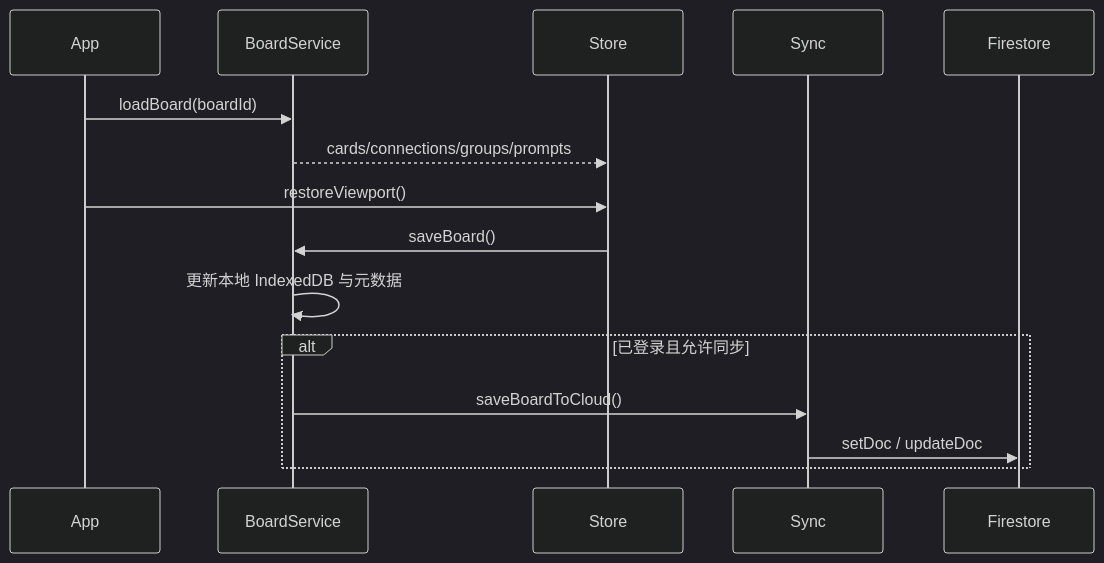
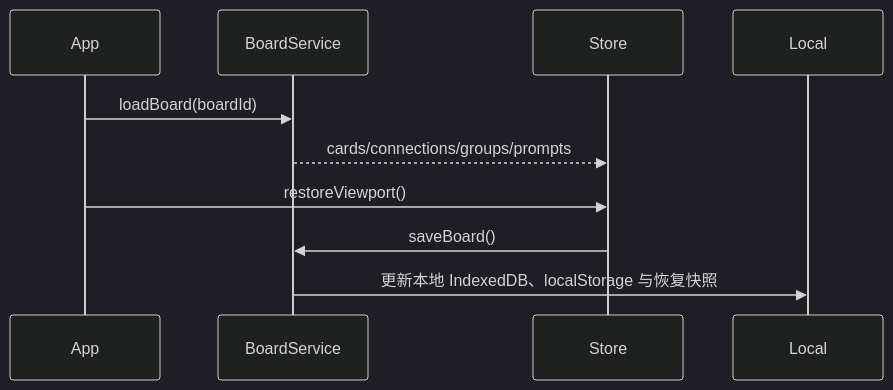
One commit to sorrow233/nexmap changed the third of 3 diagrams in docs/CODEBASE_DOCUMENTATION.md. Above: the diagram before and after it, drawn with Mermaid (dark theme). The commit also changed other lines of this file and 23 other files, not shown here.

````diff
--- a/docs/CODEBASE_DOCUMENTATION.md
+++ b/docs/CODEBASE_DOCUMENTATION.md
@@ -202,19 +202,14 @@
 ```mermaid
 sequenceDiagram
     participant App
     participant BoardService
     participant Store
-    participant Sync
-    participant Firestore
+    participant Local
 
     App->>BoardService: loadBoard(boardId)
     BoardService-->>Store: cards/connections/groups/prompts
     App->>Store: restoreViewport()
 
     Store->>BoardService: saveBoard()
-    BoardService->>BoardService: 更新本地 IndexedDB 与元数据
-    alt 已登录且允许同步
-        BoardService->>Sync: saveBoardToCloud()
-        Sync->>Firestore: setDoc / updateDoc
-    end
+    BoardService->>Local: 更新本地 IndexedDB、localStorage 与恢复快照
 ```
````
